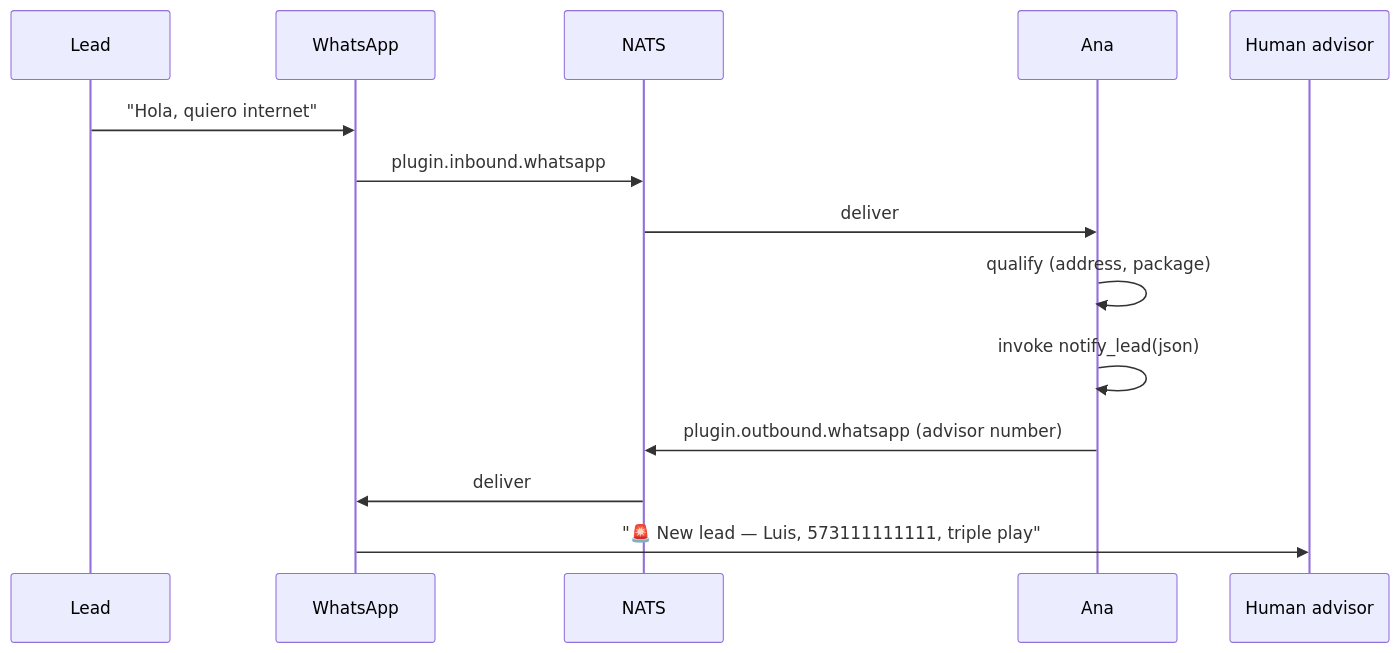
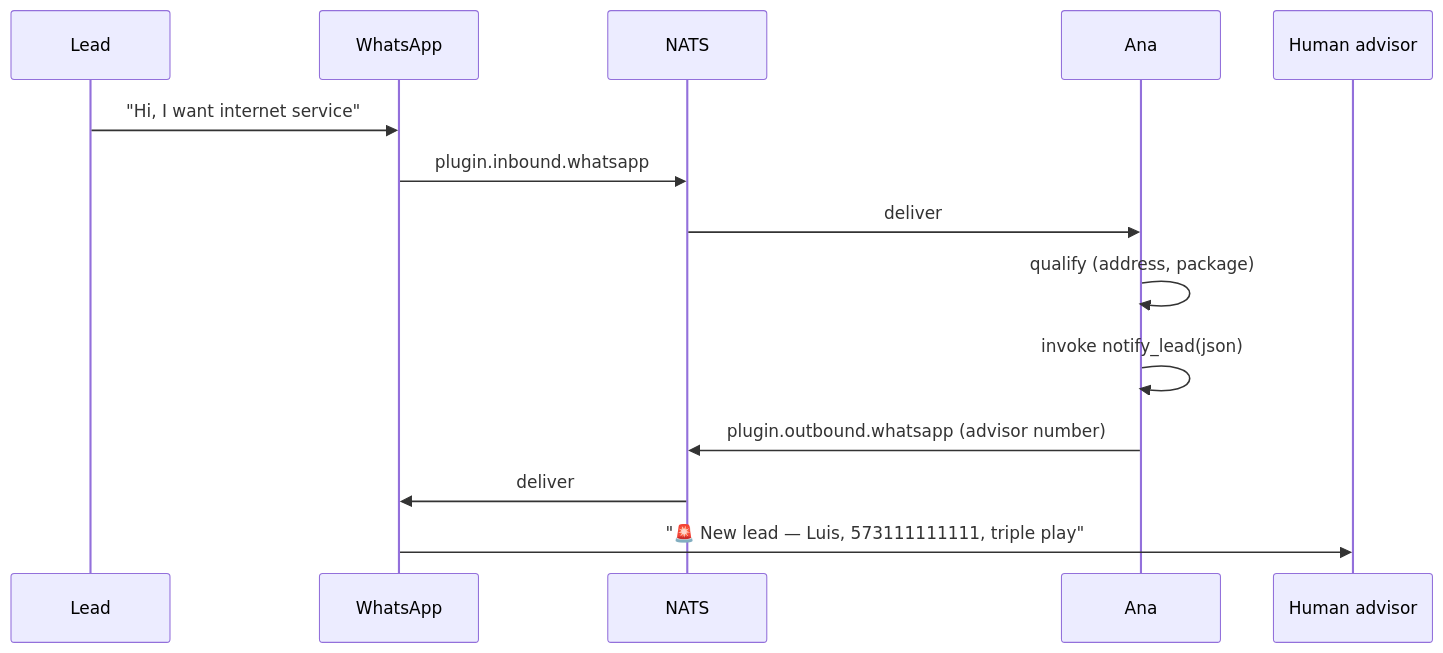
One commit to lordmacu/nexo-rs changed the diagram in docs/src/recipes/whatsapp-sales-agent.md. Above: the diagram before and after it, drawn with Mermaid. The commit also changed other lines of this file and 280 other files, not shown here.

````diff
--- a/docs/src/recipes/whatsapp-sales-agent.md
+++ b/docs/src/recipes/whatsapp-sales-agent.md
@@ -122,17 +122,17 @@
 ```mermaid
 sequenceDiagram
     participant U as Lead
     participant WA as WhatsApp
     participant N as NATS
     participant A as Ana
     participant H as Human advisor
 
-    U->>WA: "Hola, quiero internet"
+    U->>WA: "Hi, I want internet service"
     WA->>N: plugin.inbound.whatsapp
     N->>A: deliver
     A->>A: qualify (address, package)
     A->>A: invoke notify_lead(json)
     A->>N: plugin.outbound.whatsapp (advisor number)
     N->>WA: deliver
     WA->>H: "🚨 New lead — Luis, 573111111111, triple play"
 ```
````
